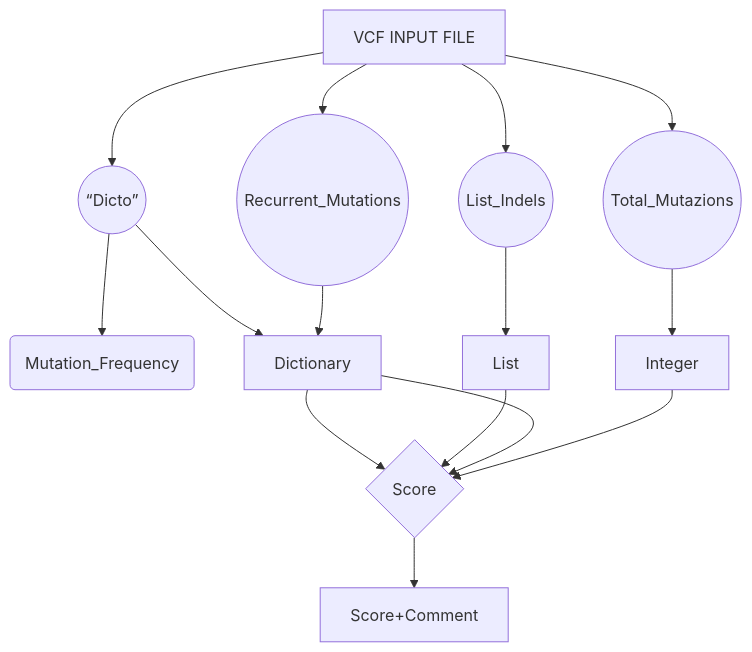
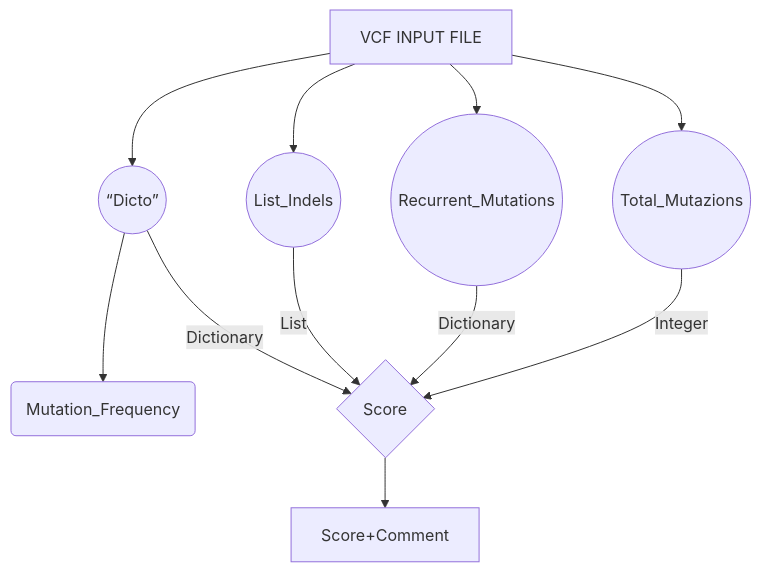
Before and after one commit to bioinformatics-policlinicogemelli/POLE: the first of 2 diagrams in README.md, drawn with Mermaid. The commit also changed other lines of this file, not shown here.

````diff
--- a/README.md
+++ b/README.md
@@ -55,12 +55,12 @@
 ```mermaid
 graph TD
 A[VCF INPUT FILE] --> B((“Dicto”))
 A --> D((Total_Mutazions))
 A --> C((List_Indels))
 A --> R((Recurrent_Mutations))
 B --> F(Mutation_Frequency)
-B --> Dictionary--> E{Score}
-C --> List --> E
-R --> Dictionary --> E
-D --> Integer --> E --> Score+Comment
+B -- Dictionary--> E{Score}
+C -- List --> E
+R -- Dictionary --> E
+D -- Integer --> E --> Score+Comment
 ```
````
